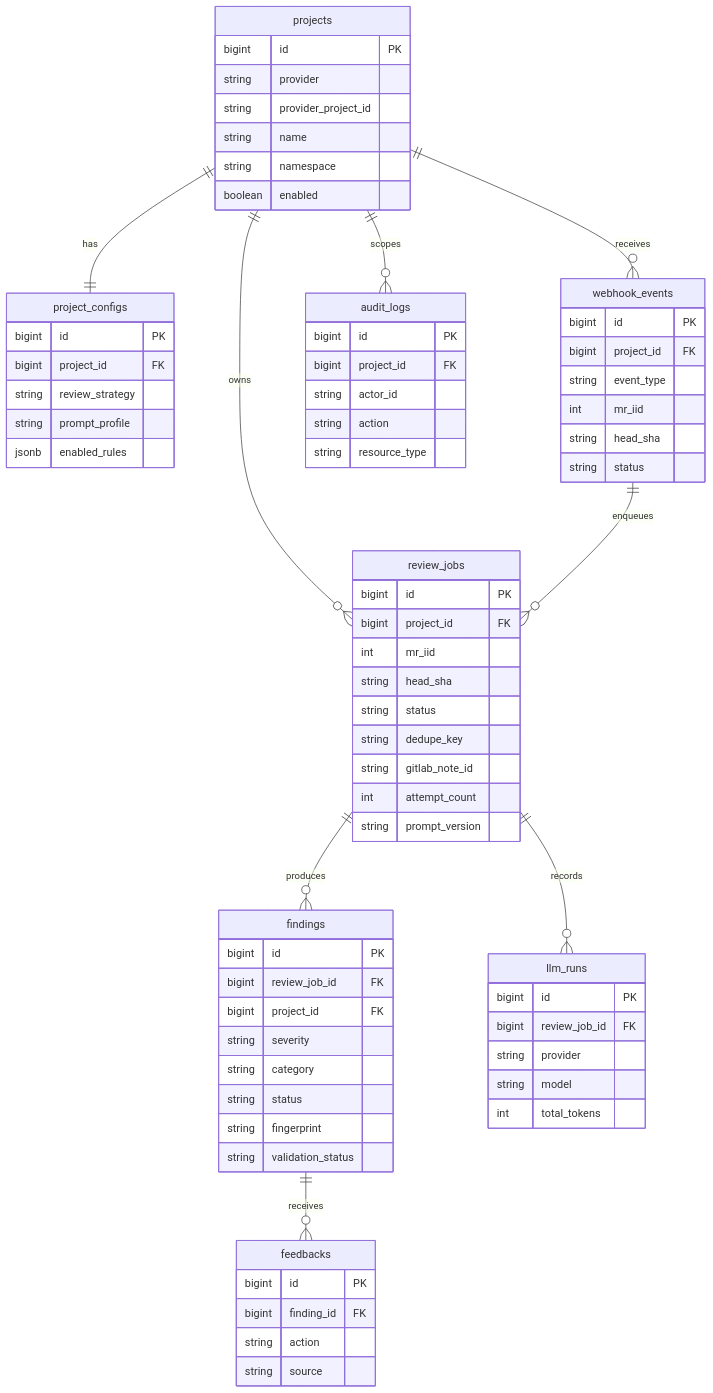
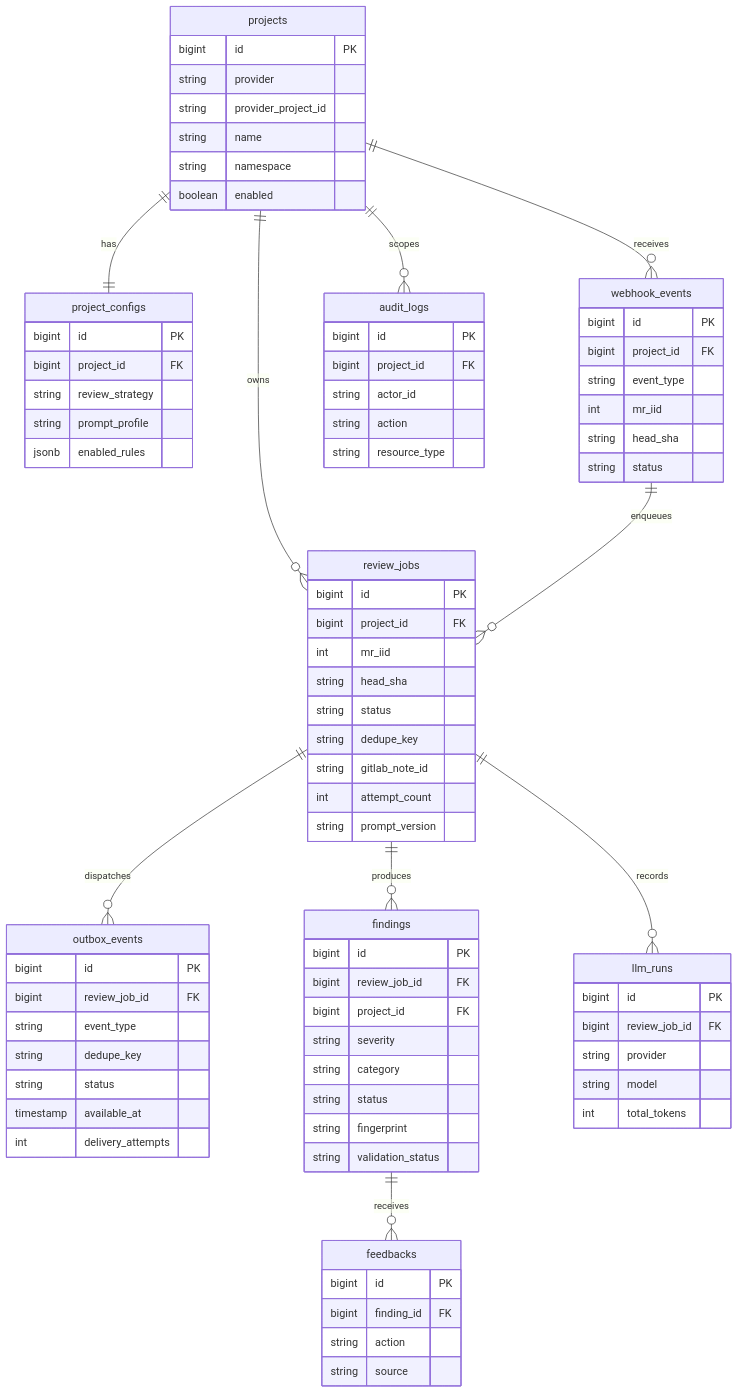
One commit to hzc19970630/ai-code-review changed the diagram in mr-review-platform-design/DATABASE_API.md. Above: the diagram before and after it, drawn with Mermaid. The commit also changed other lines of this file and 25 other files, not shown here.

Commit message:
feat: harden review delivery with transactional outbox

```diff
--- a/mr-review-platform-design/DATABASE_API.md
+++ b/mr-review-platform-design/DATABASE_API.md
@@ -389,6 +420,7 @@
     projects ||--o{ webhook_events : "receives"
     projects ||--o{ review_jobs : "owns"
     webhook_events ||--o{ review_jobs : "enqueues"
+    review_jobs ||--o{ outbox_events : "dispatches"
     review_jobs ||--o{ findings : "produces"
     findings ||--o{ feedbacks : "receives"
     review_jobs ||--o{ llm_runs : "records"
@@ -432,6 +464,16 @@
         string prompt_version
     }
 
+    outbox_events {
+        bigint id PK
+        bigint review_job_id FK
+        string event_type
+        string dedupe_key
+        string status
+        timestamp available_at
+        int delivery_attempts
+    }
+
     findings {
         bigint id PK
         bigint review_job_id FK
```
